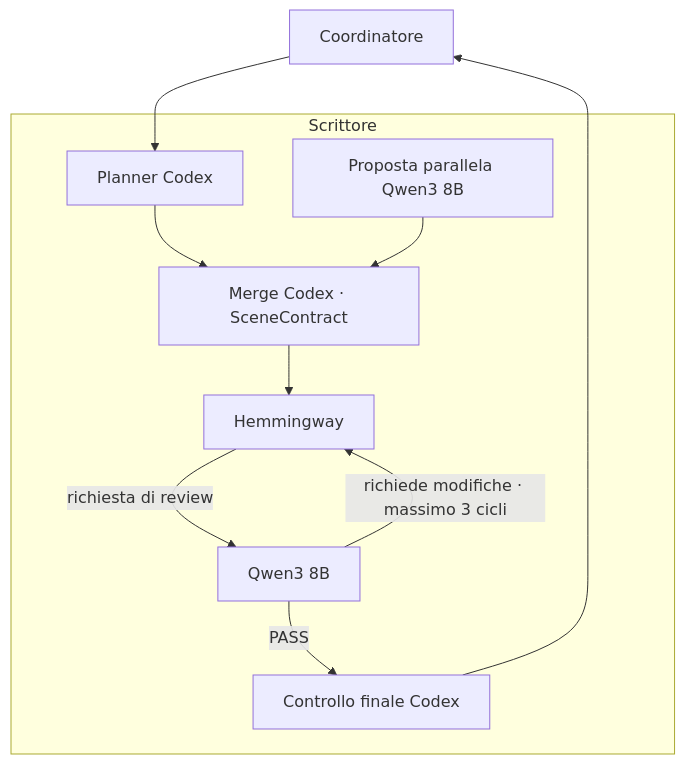
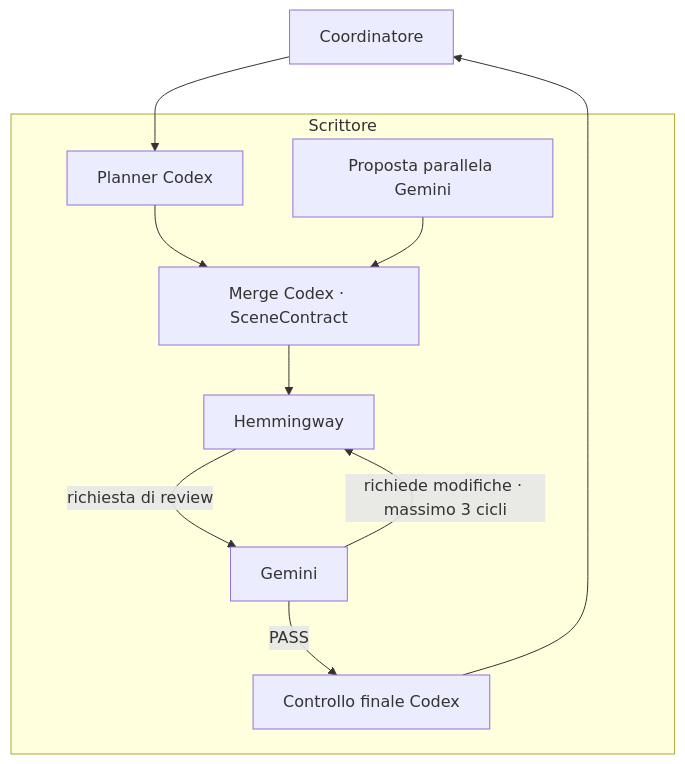
Before and after one commit to DRincs-Productions/LM-Studio: the third of 9 diagrams in README.md, drawn with Mermaid. The commit also changed other lines of this file, not shown here.

Commit message:
docs: plan Gemini writer reviewer

````diff
--- a/README.md
+++ b/README.md
@@ -100,20 +100,20 @@
 ```mermaid
 flowchart TD
     C[Coordinatore]
     subgraph SCRITTORE[Scrittore]
         P[Planner Codex]
-        Q[Proposta parallela Qwen3 8B]
+        Q[Proposta parallela Gemini]
         M[Merge Codex · SceneContract]
         W[Hemmingway]
-        R[Qwen3 8B]
+        R[Gemini]
         X[Controllo finale Codex]
         P --> M
         Q --> M
         M --> W
         W -->|richiesta di review| R
         R -->|richiede modifiche · massimo 3 cicli| W
         R -->|PASS| X
     end
     C --> P
     X --> C
 ```
````
